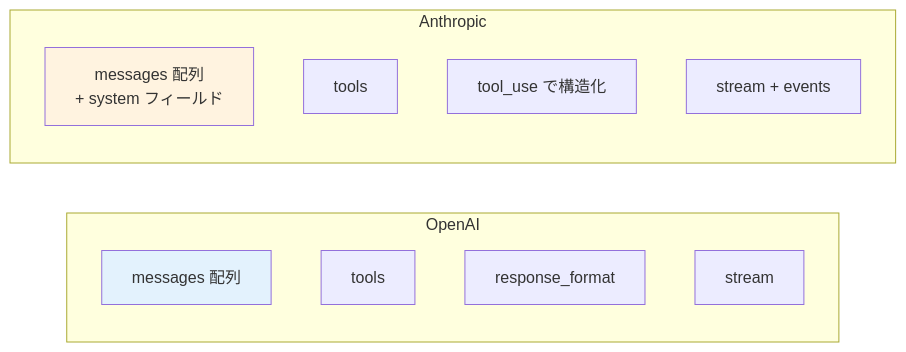
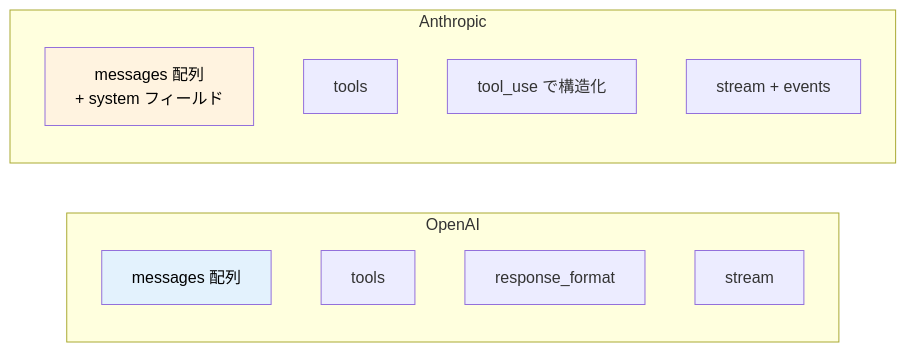
The first of 2 diagrams in docs/tech-notes/openai-と-anthropic-api-の主要差分.md (dinekt/dinekt-wiki), drawn with Mermaid before and after one commit. The commit also changed other lines of this file and 71 other files, not shown here.

First line of the commit message:
fix: mermaid readability + remove GitHub repo toolbar

````diff
--- a/docs/tech-notes/openai-と-anthropic-api-の主要差分.md
+++ b/docs/tech-notes/openai-と-anthropic-api-の主要差分.md
@@ -25,18 +25,18 @@
 ```mermaid
 flowchart LR
     subgraph OpenAI
       O1[messages 配列]
       O2[tools]
       O3[response_format]
       O4[stream]
     end
     subgraph Anthropic
       A1[messages 配列<br/>+ system フィールド]
       A2[tools]
       A3[tool_use で構造化]
       A4[stream + events]
     end
 
-    style O1 fill:#e3f2fd
-    style A1 fill:#fff3e0
+    style O1 fill:#e3f2fd,color:#000
+    style A1 fill:#fff3e0,color:#000
 ```
````
